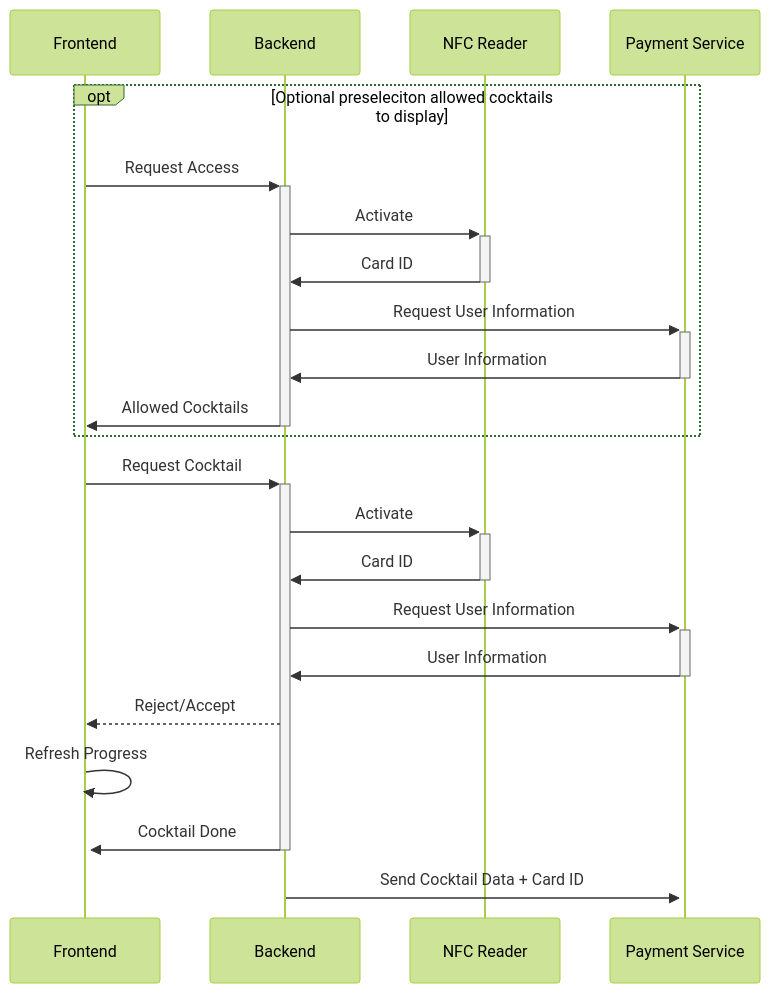
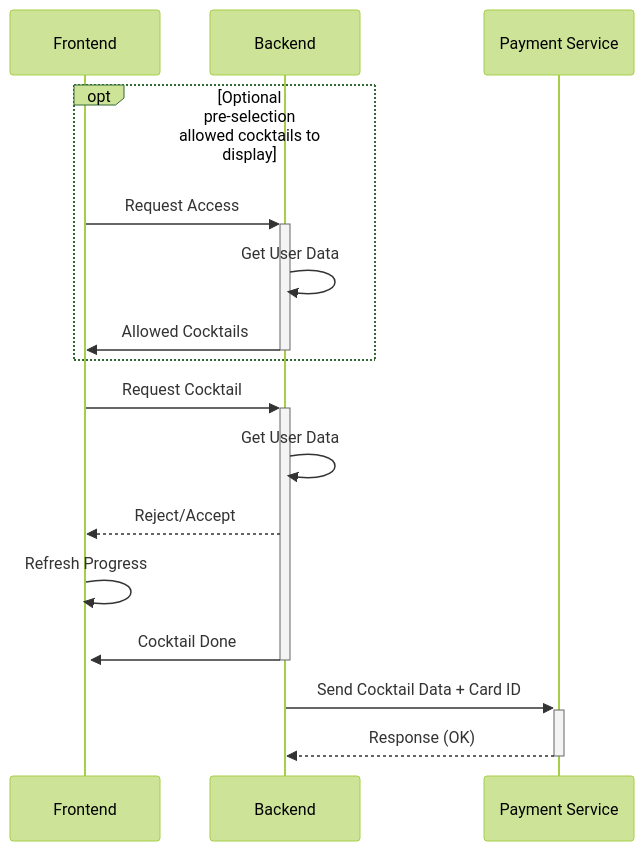
Before and after one commit to AndreWohnsland/CocktailBerry: the second of 2 diagrams in docs/nfc.md, drawn with Mermaid (forest theme). The commit also changed other lines of this file, not shown here.

Commit message:
add subprocess to nfc scans

````diff
--- a/docs/nfc.md
+++ b/docs/nfc.md
@@ -25,21 +38,15 @@
 ```mermaid
 sequenceDiagram
-    opt Optional preseleciton allowed cocktails to display
+    opt Optional pre-selection allowed cocktails to display
     Frontend->>+Backend: Request Access
-    Backend->>+NFC Reader: Activate
-    NFC Reader->>-Backend: Card ID
-    Backend->>+Payment Service: Request User Information
-    Payment Service->>-Backend: User Information
+    Backend->>Backend: Get User Data
     Backend->>-Frontend: Allowed Cocktails
     end
     Frontend->>+Backend: Request Cocktail
-    Backend->>+NFC Reader: Activate
-    NFC Reader->>-Backend: Card ID
-    Backend->>+Payment Service: Request User Information
-    Payment Service->>-Backend: User Information
+    Backend->>Backend: Get User Data
     Backend-->>Frontend: Reject/Accept
     Frontend->>+Frontend: Refresh Progress
     Backend->>-Frontend: Cocktail Done
     Backend->>+Payment Service: Send Cocktail Data + Card ID
-
+    Payment Service-->>-Backend: Response (OK)
 ```
````
